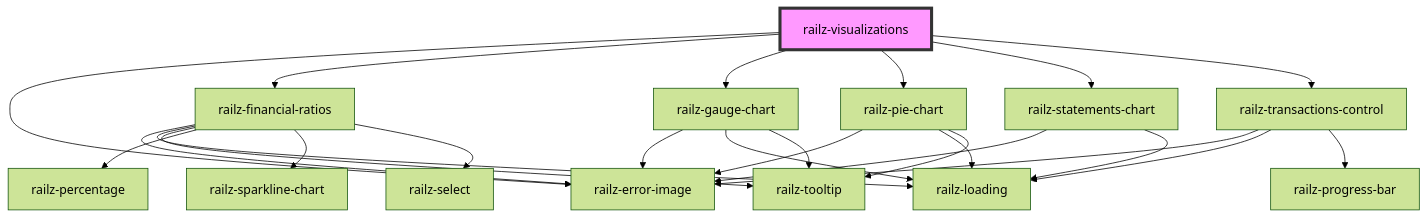
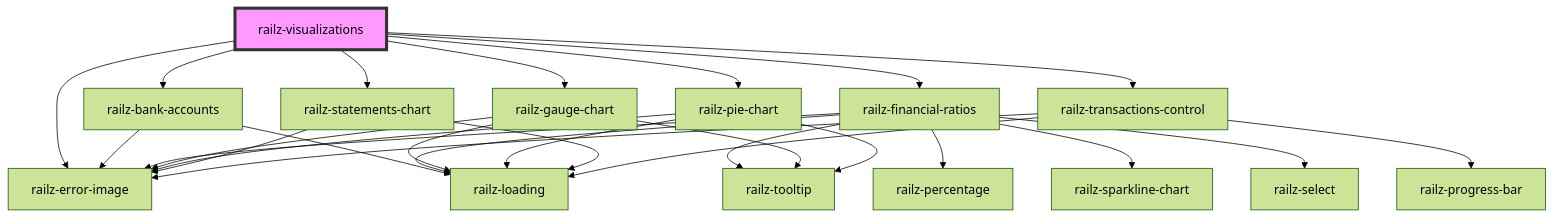
Before and after one commit to railz-ai/railz-visualizations: the diagram in packages/components/src/elements/core/readme.md, drawn with Mermaid (forest theme). The commit also changed other lines of this file and 31 other files, not shown here.

First line of the commit message:
Feature/bank accounts (#64)

````diff
--- a/packages/components/src/elements/core/readme.md
+++ b/packages/components/src/elements/core/readme.md
@@ -26,27 +27,30 @@
 ```mermaid
 graph TD;
   railz-visualizations --> railz-error-image
+  railz-visualizations --> railz-bank-accounts
   railz-visualizations --> railz-financial-ratios
   railz-visualizations --> railz-gauge-chart
   railz-visualizations --> railz-pie-chart
   railz-visualizations --> railz-statements-chart
   railz-visualizations --> railz-transactions-control
+  railz-bank-accounts --> railz-error-image
+  railz-bank-accounts --> railz-loading
   railz-financial-ratios --> railz-error-image
   railz-financial-ratios --> railz-loading
   railz-financial-ratios --> railz-tooltip
   railz-financial-ratios --> railz-percentage
   railz-financial-ratios --> railz-sparkline-chart
   railz-financial-ratios --> railz-select
   railz-gauge-chart --> railz-error-image
   railz-gauge-chart --> railz-loading
   railz-gauge-chart --> railz-tooltip
   railz-pie-chart --> railz-error-image
   railz-pie-chart --> railz-loading
   railz-pie-chart --> railz-tooltip
   railz-statements-chart --> railz-error-image
   railz-statements-chart --> railz-loading
   railz-transactions-control --> railz-error-image
   railz-transactions-control --> railz-loading
   railz-transactions-control --> railz-progress-bar
   style railz-visualizations fill:#f9f,stroke:#333,stroke-width:4px
 ```
````
